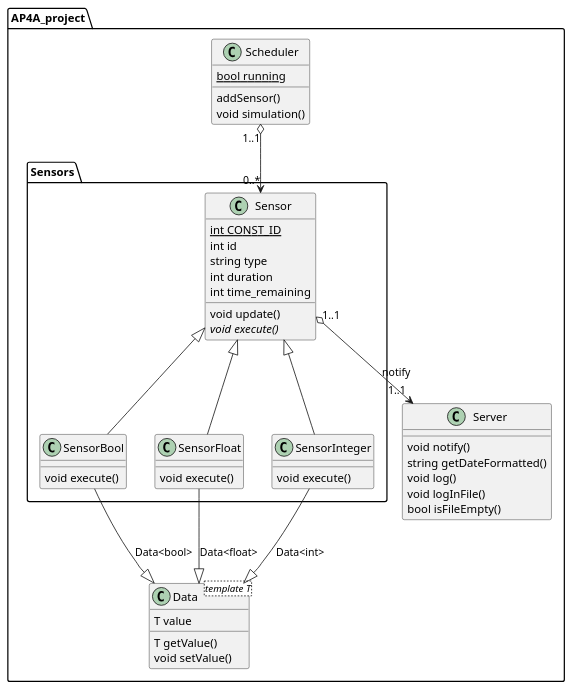
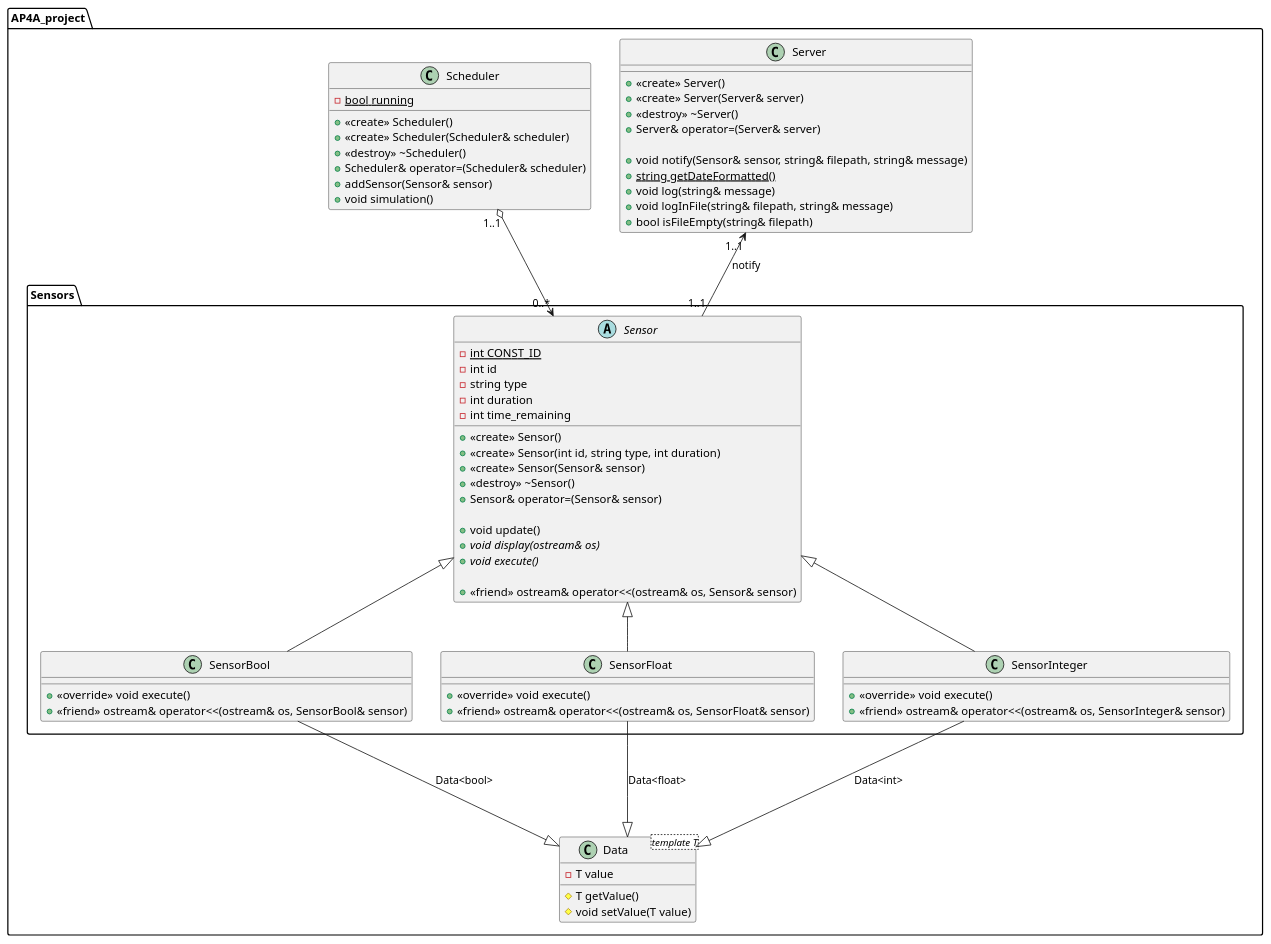
One commit to MrArnaudMichel/AP4A_projet changed the diagram in projet.puml. Above: the diagram before and after it, drawn with PlantUML. The commit also changed 2 other files, not shown here.

```diff
--- a/projet.puml
+++ b/projet.puml
@@ -1,60 +1,84 @@
 @startuml
+
+
 package AP4A_project{
     class Server{
-        void notify()
-        string getDateFormatted()
-        void log()
-        void logInFile()
-        bool isFileEmpty()
+        + <<create>> Server()
+        + <<create>> Server(Server& server)
+        + <<destroy>> ~Server()
+        + Server& operator=(Server& server)
+
+        + void notify(Sensor& sensor, string& filepath, string& message)
+        + {static} string getDateFormatted()
+        + void log(string& message)
+        + void logInFile(string& filepath, string& message)
+        + bool isFileEmpty(string& filepath)
     }
 
     class Scheduler{
-        {static} bool running
-        addSensor()
-        void simulation()
+        + <<create>> Scheduler()
+        + <<create>> Scheduler(Scheduler& scheduler)
+        + <<destroy>> ~Scheduler()
+        + Scheduler& operator=(Scheduler& scheduler)
+
+        - {static} bool running
+        + addSensor(Sensor& sensor)
+        + void simulation()
     }
 
     package Sensors{
-        class Sensor{
-            {static} int CONST_ID
-            int id
-            string type
-            int duration
-            int time_remaining
+        abstract class Sensor{
+            - {static} int CONST_ID
+            - int id
+            - string type
+            - int duration
+            - int time_remaining
 
-            void update()
-            {abstract} void execute()
+            + <<create>> Sensor()
+            + <<create>> Sensor(int id, string type, int duration)
+            + <<create>> Sensor(Sensor& sensor)
+            + <<destroy>> ~Sensor()
+            + Sensor& operator=(Sensor& sensor)
+
+            + void update()
+            + {abstract} void display(ostream& os)
+            + {abstract} void execute()
+
+            + <<friend>> ostream& operator<<(ostream& os, Sensor& sensor)
         }
 
-        Sensor "1..1" o--> "1..1" Server: notify
+        Server "1..1" <-- "1..1" Sensor: notify
 
         class SensorBool{
-            void execute()
+            + <<override>> void execute()
+            + <<friend>> ostream& operator<<(ostream& os, SensorBool& sensor)
         }
 
         class SensorFloat{
-            void execute()
+            + <<override>> void execute()
+            + <<friend>> ostream& operator<<(ostream& os, SensorFloat& sensor)
         }
 
         class SensorInteger{
-            void execute()
+            + <<override>> void execute()
+            + <<friend>> ostream& operator<<(ostream& os, SensorInteger& sensor)
         }
 
         Sensor <|-- SensorBool
         Sensor <|-- SensorFloat
         Sensor <|-- SensorInteger
 
         Scheduler "1..1" o--> "0..*" Sensor
     }
 
     class Data<template T>{
-        T value
-        T getValue()
-        void setValue()
+        - T value
+        # T getValue()
+        # void setValue(T value)
     }
 
-    SensorBool --|> Data: Data<bool>
-    SensorFloat --|> Data: Data<float>
-    SensorInteger --|> Data: Data<int>
+    SensorBool ---|> Data: Data<bool>
+    SensorFloat ---|> Data: Data<float>
+    SensorInteger ---|> Data: Data<int>
 }
 @enduml
```
